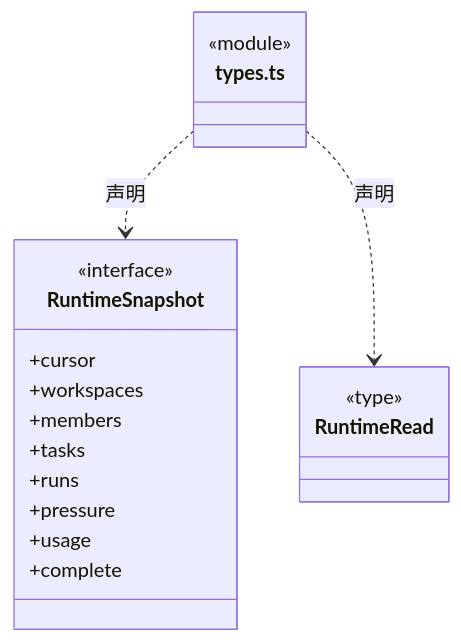
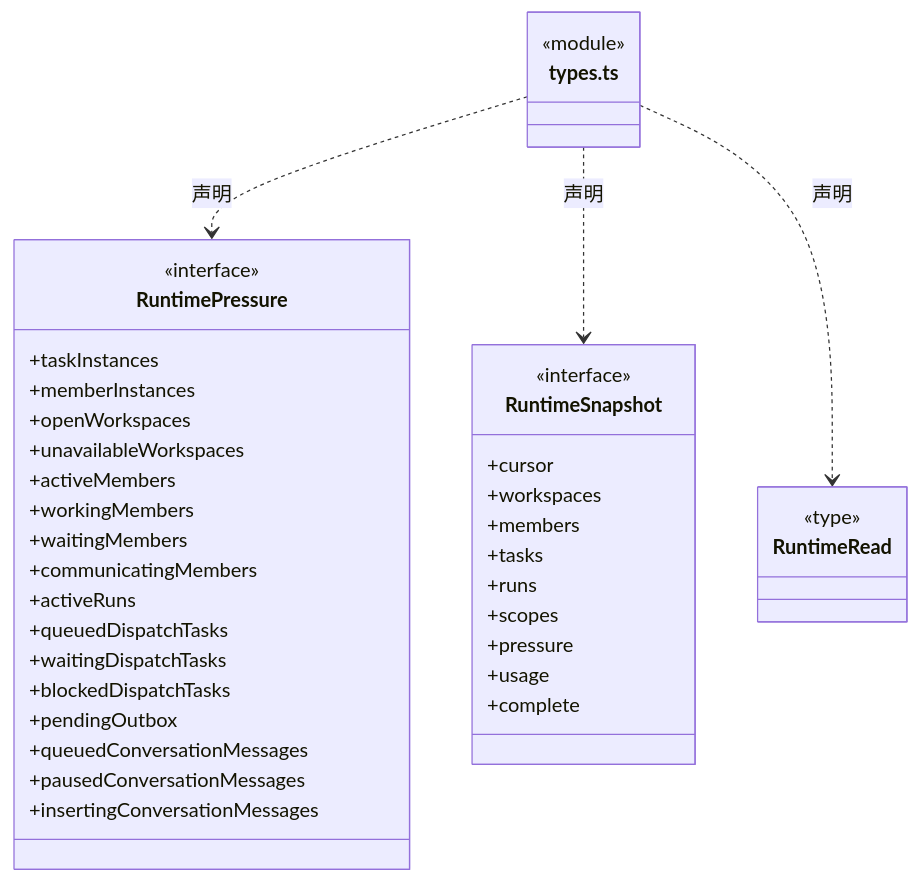
Before and after one commit to nan023062/cbim: the tenth of 13 diagrams in src/backend/core/runtime/ARCHITECTURE.md, drawn with Mermaid. The commit also changed other lines of this file and 42 other files, not shown here.

````diff
--- a/src/backend/core/runtime/ARCHITECTURE.md
+++ b/src/backend/core/runtime/ARCHITECTURE.md
@@ -271,23 +293,44 @@
 ```mermaid
 classDiagram
 class N_src_backend_core_runtime_types_ts["types.ts"] {
   <<module>>
 }
+class N_src_backend_core_runtime_types_ts_RuntimePressure["RuntimePressure"] {
+  <<interface>>
+  +taskInstances
+  +memberInstances
+  +openWorkspaces
+  +unavailableWorkspaces
+  +activeMembers
+  +workingMembers
+  +waitingMembers
+  +communicatingMembers
+  +activeRuns
+  +queuedDispatchTasks
+  +waitingDispatchTasks
+  +blockedDispatchTasks
+  +pendingOutbox
+  +queuedConversationMessages
+  +pausedConversationMessages
+  +insertingConversationMessages
+}
+N_src_backend_core_runtime_types_ts ..> N_src_backend_core_runtime_types_ts_RuntimePressure : 声明
 class N_src_backend_core_runtime_types_ts_RuntimeSnapshot["RuntimeSnapshot"] {
   <<interface>>
   +cursor
   +workspaces
   +members
   +tasks
   +runs
+  +scopes
   +pressure
   +usage
   +complete
 }
 N_src_backend_core_runtime_types_ts ..> N_src_backend_core_runtime_types_ts_RuntimeSnapshot : 声明
 class N_src_backend_core_runtime_types_ts_RuntimeRead["RuntimeRead"] {
   <<type>>
 
 }
 N_src_backend_core_runtime_types_ts ..> N_src_backend_core_runtime_types_ts_RuntimeRead : 声明
 ```
````
